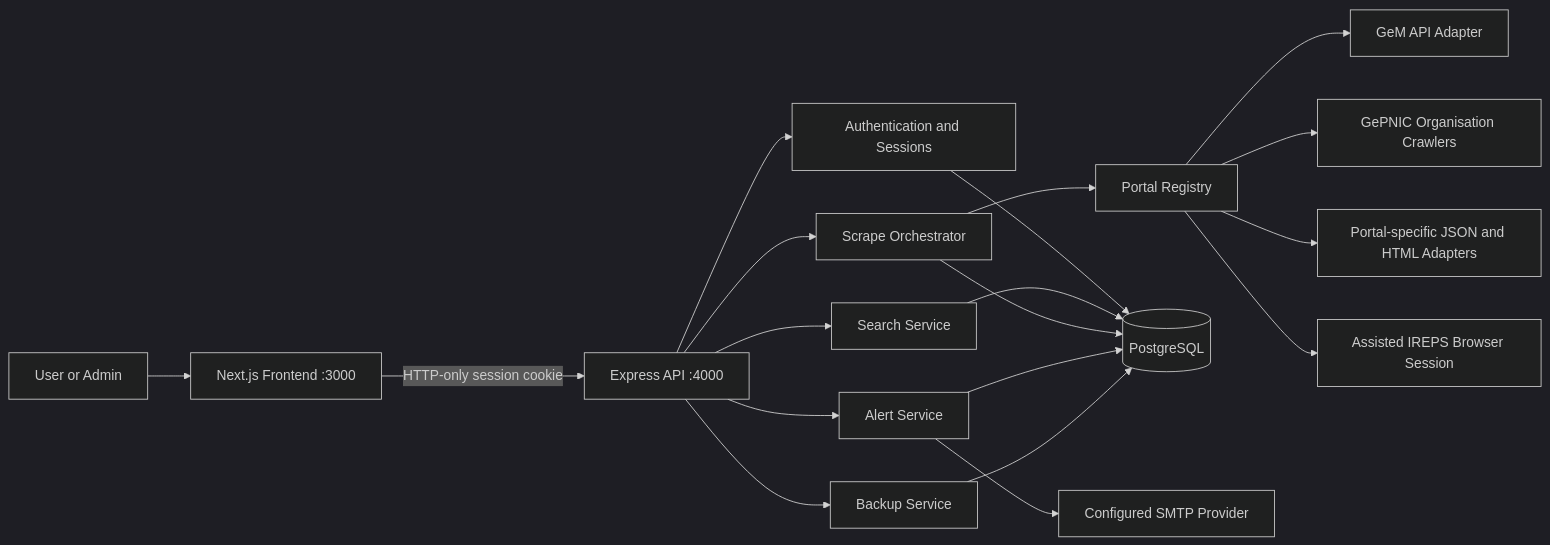
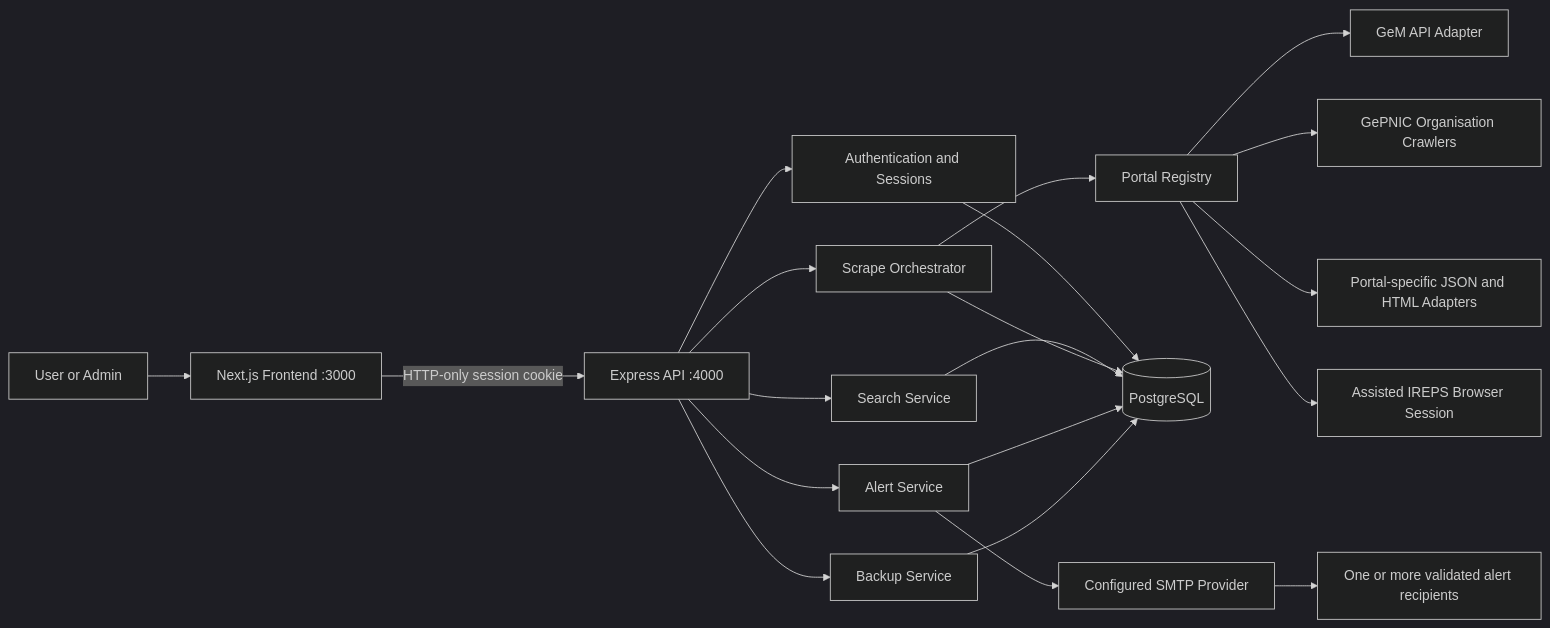
The first of 2 diagrams in README.md (Pawan8010/allportalsscraper), drawn with Mermaid (dark theme) before and after one commit. The commit also changed other lines of this file and 2 other files, not shown here.

````diff
--- a/README.md
+++ b/README.md
@@ -43,21 +43,22 @@
 ```mermaid
 flowchart LR
     U["User or Admin"] --> F["Next.js Frontend :3000"]
     F -->|"HTTP-only session cookie"| A["Express API :4000"]
     A --> AU["Authentication and Sessions"]
     A --> SE["Search Service"]
     A --> OR["Scrape Orchestrator"]
     A --> AL["Alert Service"]
     A --> BA["Backup Service"]
     OR --> RG["Portal Registry"]
     RG --> GE["GeM API Adapter"]
     RG --> GP["GePNIC Organisation Crawlers"]
     RG --> SP["Portal-specific JSON and HTML Adapters"]
     RG --> AS["Assisted IREPS Browser Session"]
     AU --> DB[("PostgreSQL")]
     SE --> DB
     OR --> DB
     AL --> DB
     BA --> DB
     AL --> SMTP["Configured SMTP Provider"]
+    SMTP --> MX["One or more validated alert recipients"]
 ```
````
